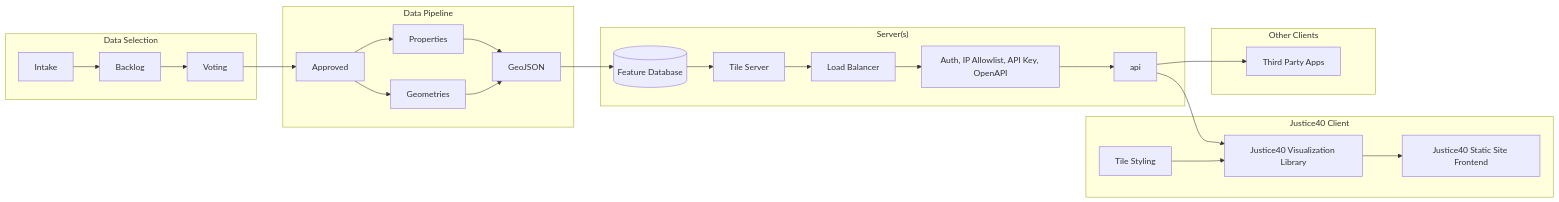
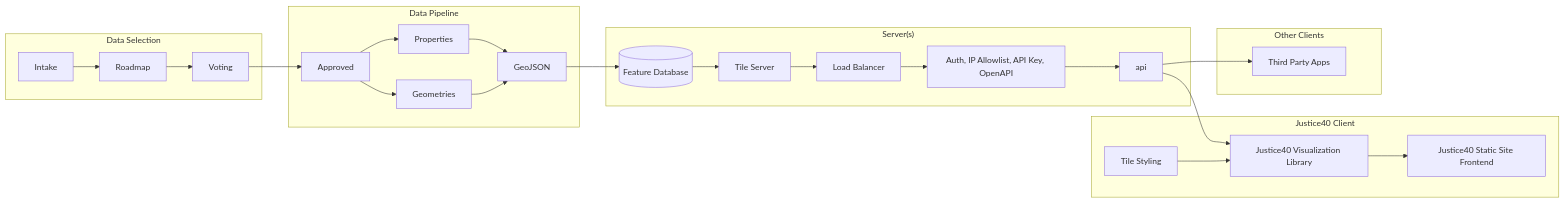
The diagram in docs/architecture/architecture.mmd (usds/justice40-tool), drawn with Mermaid before and after one commit.

Commit message:
Backlog->Roadmap

```diff
--- a/docs/architecture/architecture.mmd
+++ b/docs/architecture/architecture.mmd
@@ -1,26 +1,26 @@
 graph LR
     subgraph ds["Data Selection"]
-    Intake --> Backlog --> Voting
+    Intake --> Roadmap --> Voting
     end
     subgraph dp["Data Pipeline"]
     Voting --> Approved
     Approved --> Properties
     Approved --> Geometries
     Properties --> GeoJSON
     Geometries --> GeoJSON
     end
     subgraph s["Server(s)"]
     GeoJSON --> db[("Feature Database")]
     db --> tileserv["Tile Server"]
     tileserv --> lb["Load Balancer"]
     lb --> auth["Auth, IP Allowlist, API Key, OpenAPI"]
     auth --> api
     end
     subgraph j40["Justice40 Client"]
     api --> vl["Justice40 Visualization Library"]
     ts["Tile Styling"] --> vl
     vl --> fe["Justice40 Static Site Frontend"]
     end
     subgraph oc["Other Clients"]
     api --> 3p["Third Party Apps"]
     end
```
